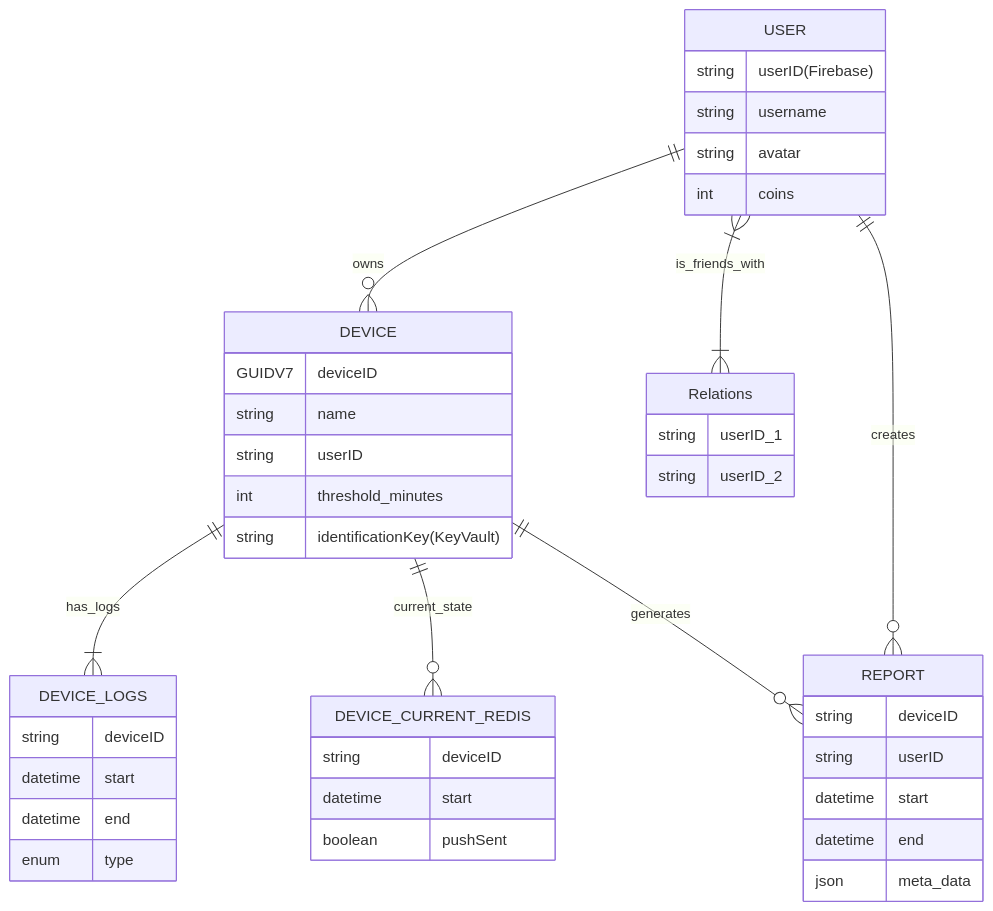
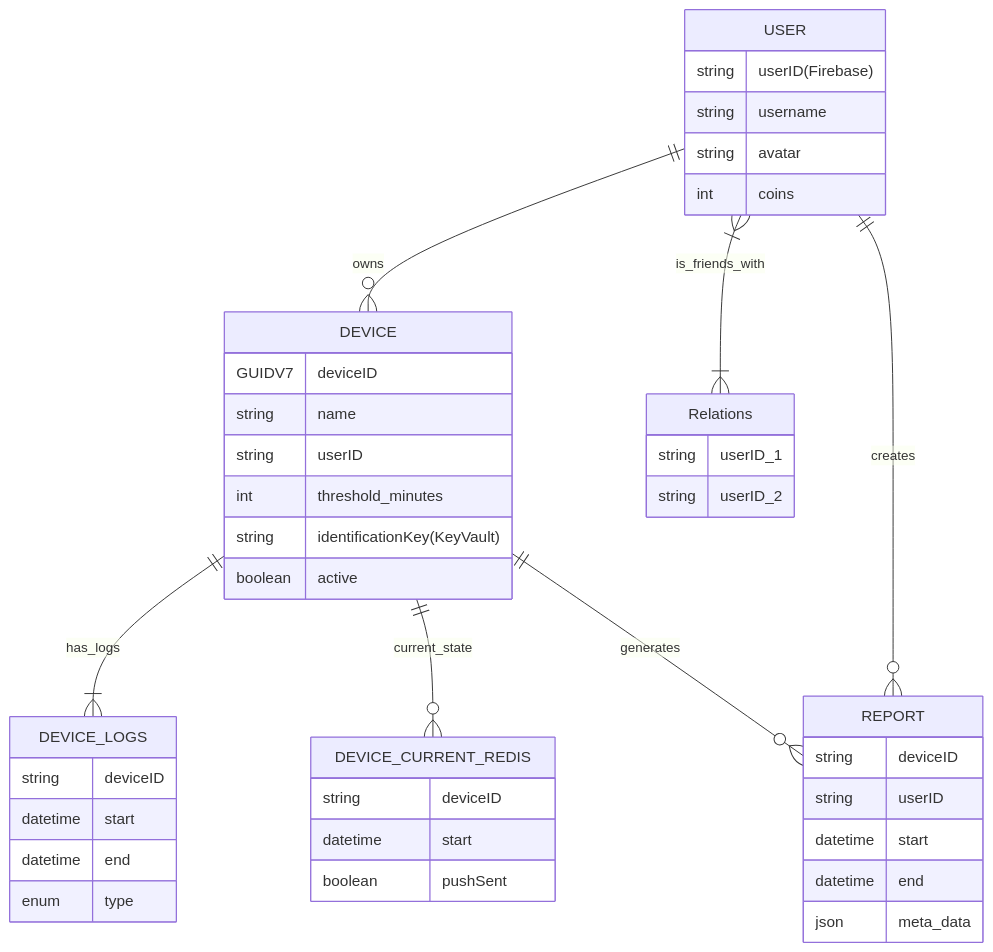
The diagram in README.md (Back-Buddy/Backend), drawn with Mermaid before and after one commit. The commit also changed 10 other files, not shown here.

````diff
--- a/README.md
+++ b/README.md
@@ -64,51 +64,52 @@
 ```mermaid
    erDiagram
     USER {
         string userID(Firebase)
         string username
         string avatar
         int coins
     }
 
     DEVICE {
         GUIDV7 deviceID
         string name
         string userID
         int threshold_minutes
         string identificationKey(KeyVault)
+        boolean active
     }
 
     DEVICE_LOGS {
         string deviceID
         datetime start
         datetime end
         enum type
     }
 
     DEVICE_CURRENT_REDIS {
         string deviceID
         datetime start
         boolean pushSent
     }
 
     REPORT {
         string deviceID
         string userID
         datetime start
         datetime end
         json meta_data
     }
 
     Relations {
         string userID_1
         string userID_2
     }
 
     %% Beziehungen %%
     USER  ||--o{  DEVICE                : owns
     DEVICE||--|{  DEVICE_LOGS           : has_logs
     DEVICE||--o{  DEVICE_CURRENT_REDIS  : current_state
     DEVICE||--o{  REPORT                : generates
     USER  ||--o{  REPORT                : creates
     USER  }|--|{  Relations             : is_friends_with
 ```
````
